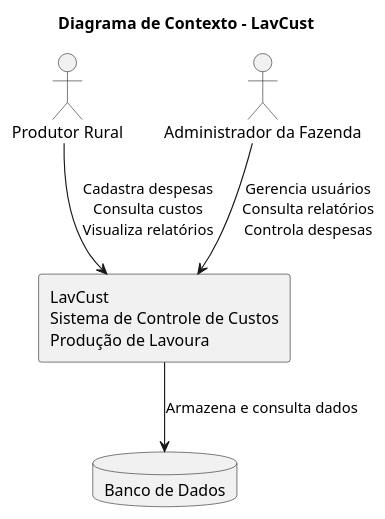
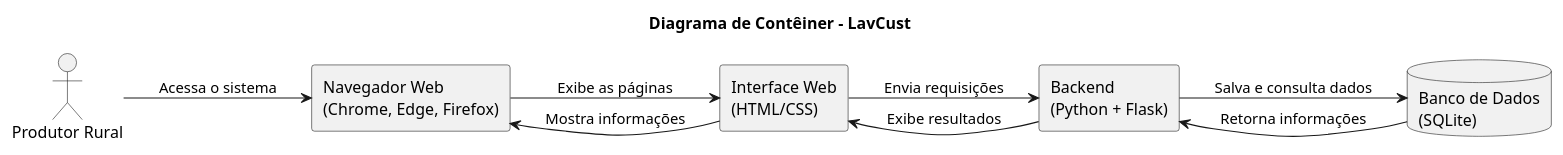
One commit to werica2/LavCust changed the diagram in contexto.puml. Above: the diagram before and after it, drawn with PlantUML.

Commit message:
Adiciona diagrama de contêiner

```diff
--- a/contexto.puml
+++ b/contexto.puml
@@ -1,16 +1,30 @@
 @startuml
-title Diagrama de Contexto - LavCust
+title Diagrama de Contêiner - LavCust
 
-actor "Produtor Rural" as Produtor
-actor "Administrador da Fazenda" as Admin
+left to right direction
 
-rectangle "LavCust\nSistema de Controle de Custos\nProdução de Lavoura" as Sistema
+actor "Produtor Rural" as Usuario
 
-database "Banco de Dados" as BD
+rectangle "Navegador Web\n(Chrome, Edge, Firefox)" as Browser
 
-Produtor --> Sistema : Cadastra despesas\nConsulta custos\nVisualiza relatórios
-Admin --> Sistema : Gerencia usuários\nConsulta relatórios\nControla despesas
+rectangle "Interface Web\n(HTML/CSS)" as Frontend
 
-Sistema --> BD : Armazena e consulta dados
+rectangle "Backend\n(Python + Flask)" as Backend
+
+database "Banco de Dados\n(SQLite)" as BD
+
+Usuario --> Browser : Acessa o sistema
+
+Browser --> Frontend : Exibe as páginas
+
+Frontend --> Backend : Envia requisições
+
+Backend --> BD : Salva e consulta dados
+
+BD --> Backend : Retorna informações
+
+Backend --> Frontend : Exibe resultados
+
+Frontend --> Browser : Mostra informações
 
 @enduml
```
